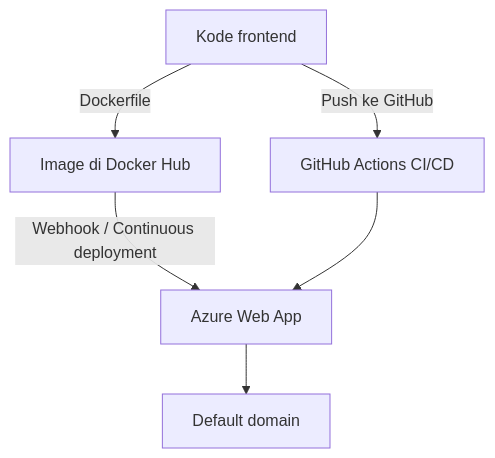
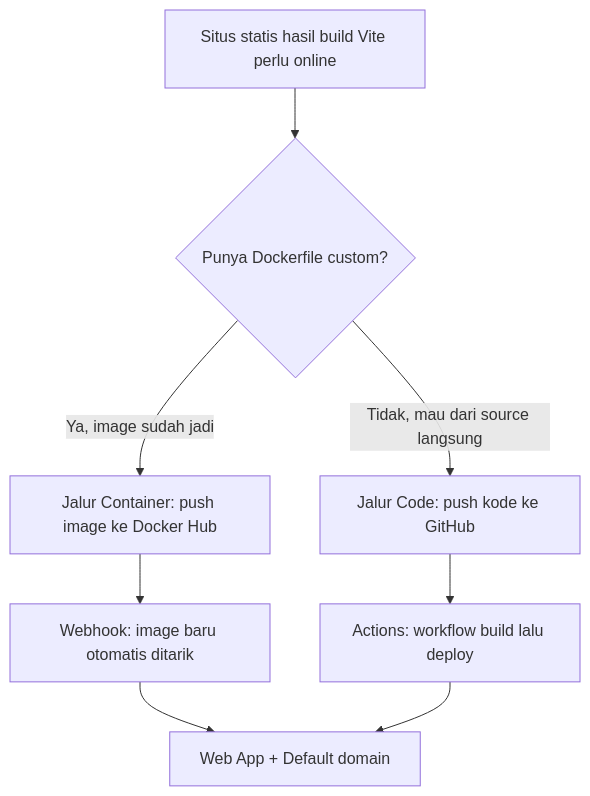
One commit to Zhvny/uni-project changed the diagram in Semester_5/Cloud Interfacing with Virtualization/Notion/01_Introduction_to_Azure_App_Service.md. Above: the diagram before and after it, drawn with Mermaid. The commit also changed other lines of this file and 86 other files, not shown here.

Commit message:
kuliah: tulis ulang 86 catatan Notion ke sintesis orisinal + bar visual (diagram valid, tanpa meta-teks)

````diff
--- a/Semester_5/Cloud Interfacing with Virtualization/Notion/01_Introduction_to_Azure_App_Service.md
+++ b/Semester_5/Cloud Interfacing with Virtualization/Notion/01_Introduction_to_Azure_App_Service.md
@@ -28,8 +28,10 @@
 ```mermaid
 graph TD
-    Code[Kode frontend] -->|Dockerfile| Image[Image di Docker Hub]
-    Image -->|Webhook / Continuous deployment| WebApp[Azure Web App]
-    Code -->|Push ke GitHub| Actions[GitHub Actions CI/CD]
-    Actions --> WebApp
-    WebApp --> URL[Default domain]
+    Need[Situs statis hasil build Vite perlu online] --> Q{Punya Dockerfile custom?}
+    Q -- Ya, image sudah jadi --> Kiri[Jalur Container: push image ke Docker Hub]
+    Q -- Tidak, mau dari source langsung --> Kanan[Jalur Code: push kode ke GitHub]
+    Kiri --> Whook[Webhook: image baru otomatis ditarik]
+    Kanan --> Acts[Actions: workflow build lalu deploy]
+    Whook --> Web[Web App + Default domain]
+    Acts --> Web
 ```
````
